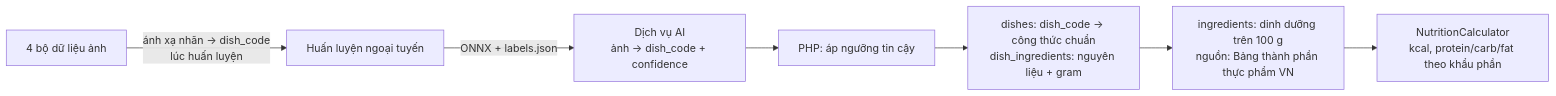
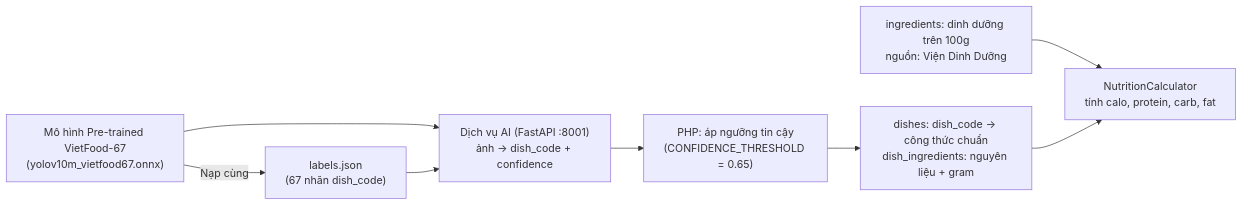
The third of 3 diagrams in docs/02_elaboration/02_architecture_design.md (TheUn4given123jkbkjs/FlexiDiet), drawn with Mermaid before and after one commit. The commit also changed other lines of this file and 1 other file, not shown here.

Commit message:
docs: chuyen doi toan bo sang su dung mo hinh pre-trained YOLOv10m VietFood-67 ONNX thay cho tu huan luyen

````diff
--- a/docs/02_elaboration/02_architecture_design.md
+++ b/docs/02_elaboration/02_architecture_design.md
@@ -395,9 +395,9 @@
 ```mermaid
 flowchart LR
-    D[4 bộ dữ liệu ảnh] -->|ánh xạ nhãn → dish_code<br/>lúc huấn luyện| T[Huấn luyện ngoại tuyến]
-    T -->|ONNX + labels.json| S[Dịch vụ AI<br/>ảnh → dish_code + confidence]
-    S --> P[PHP: áp ngưỡng tin cậy]
-    P --> R[dishes: dish_code → công thức chuẩn<br/>dish_ingredients: nguyên liệu + gram]
-    R --> N[ingredients: dinh dưỡng trên 100 g<br/>nguồn: Bảng thành phần thực phẩm VN]
-    N --> C[NutritionCalculator<br/>kcal, protein/carb/fat theo khẩu phần]
+    PRE["Mô hình Pre-trained VietFood-67<br/>(yolov10m_vietfood67.onnx)"] -->|Nạp cùng| LBL["labels.json<br/>(67 nhãn dish_code)"]
+    PRE & LBL --> S["Dịch vụ AI (FastAPI :8001)<br/>ảnh → dish_code + confidence"]
+    S --> P["PHP: áp ngưỡng tin cậy<br/>(CONFIDENCE_THRESHOLD = 0.65)"]
+    P --> R["dishes: dish_code → công thức chuẩn<br/>dish_ingredients: nguyên liệu + gram"]
+    N["ingredients: dinh dưỡng trên 100g<br/>nguồn: Viện Dinh Dưỡng"] --> C["NutritionCalculator<br/>tính calo, protein, carb, fat"]
+    R --> C
 ```
````
